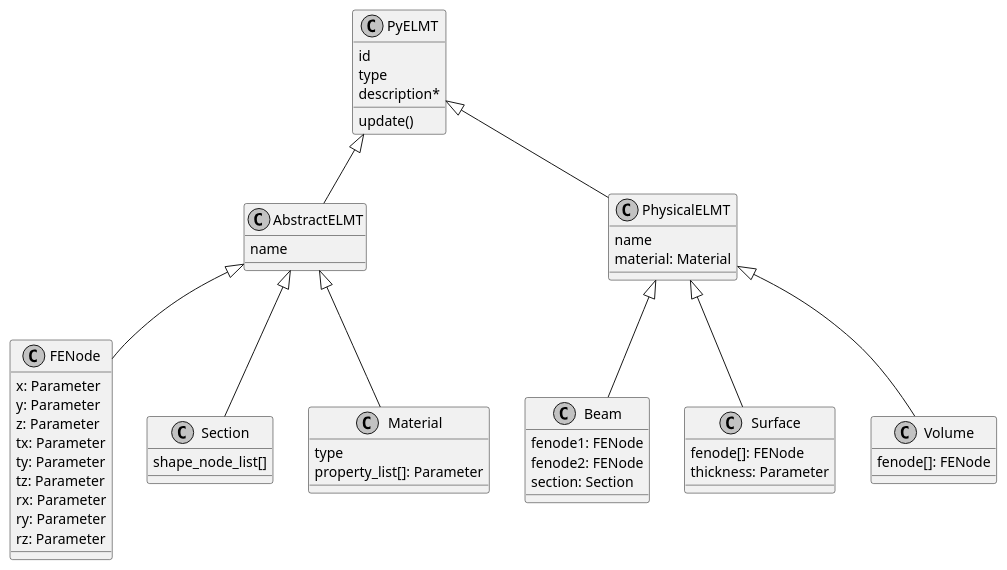
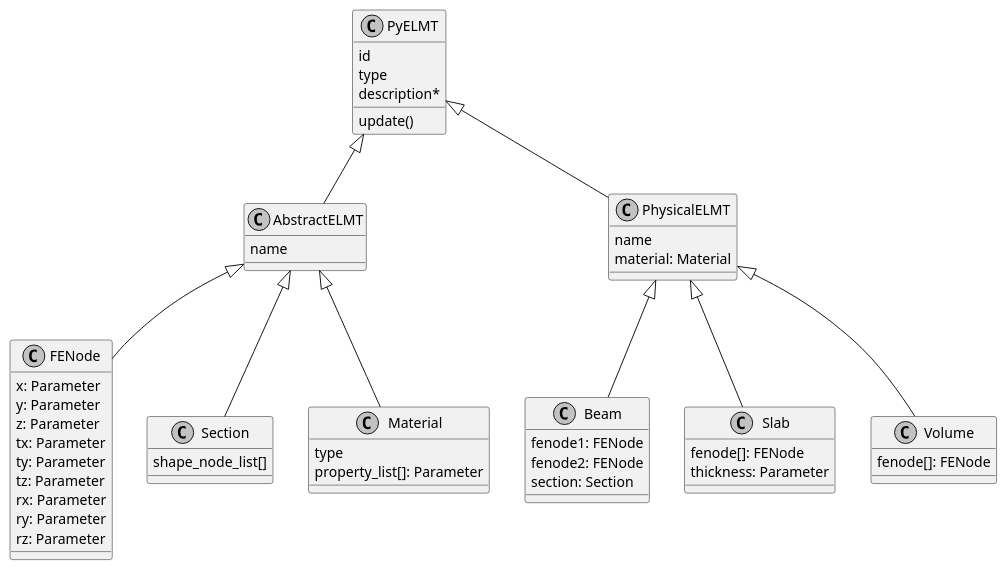
One commit to YidongQIN/PyBMS_BrIM changed the diagram in Notes & Diagrams/ClassDiagram PyELMT.puml. Above: the diagram before and after it, drawn with PlantUML. The commit also changed 1 other file, not shown here.

Commit message:
diagrams

```diff
--- a/Notes & Diagrams/ClassDiagram PyELMT.puml
+++ b/Notes & Diagrams/ClassDiagram PyELMT.puml
@@ -1,67 +1,67 @@
 @startuml
 
 ' left to right direction
 
 skinparam shadowing false
 skinparam monochrome true
 
 class PyELMT{
     id
     type
     description*
     update()
 }
 
 class AbstractELMT{
     name
 }
 PyELMT <|-- AbstractELMT
 
 class PhysicalELMT{
     name
     material: Material
 }
 PyELMT <|-- PhysicalELMT
 
 class FENode{
     x: Parameter
     y: Parameter
     z: Parameter
     tx: Parameter
     ty: Parameter
     tz: Parameter
     rx: Parameter
     ry: Parameter
     rz: Parameter
 }
 class Section{
     shape_node_list[]
 }
 class Material{
     type
     property_list[]: Parameter
 }
 
 
 AbstractELMT <|-- Section
 AbstractELMT <|-- Material
 AbstractELMT <|-- FENode
 
 
 class Beam{
     fenode1: FENode
     fenode2: FENode
     section: Section
 }
-class Surface{
+class Slab{
     fenode[]: FENode
     thickness: Parameter
 }
 class Volume{
     fenode[]: FENode
 }
 PhysicalELMT <|-- Beam
-PhysicalELMT <|-- Surface
+PhysicalELMT <|-- Slab
 PhysicalELMT <|-- Volume
 
 @enduml
```
